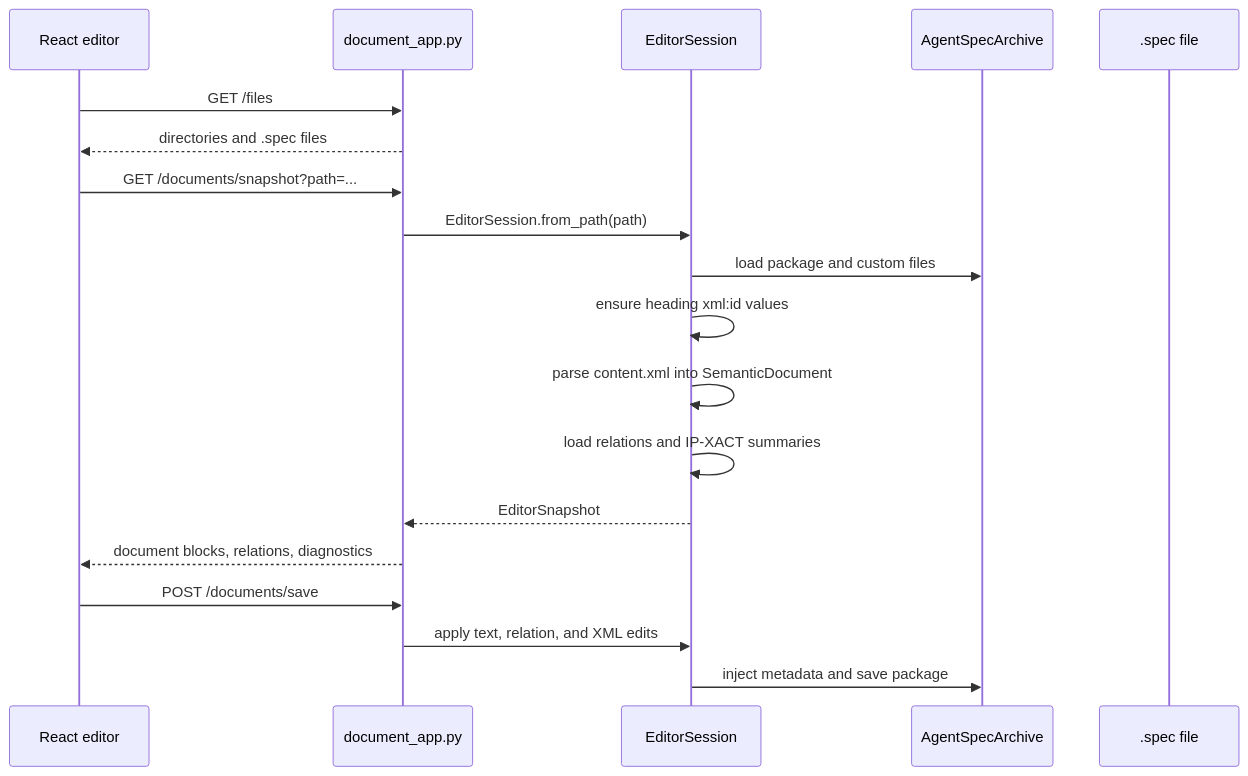
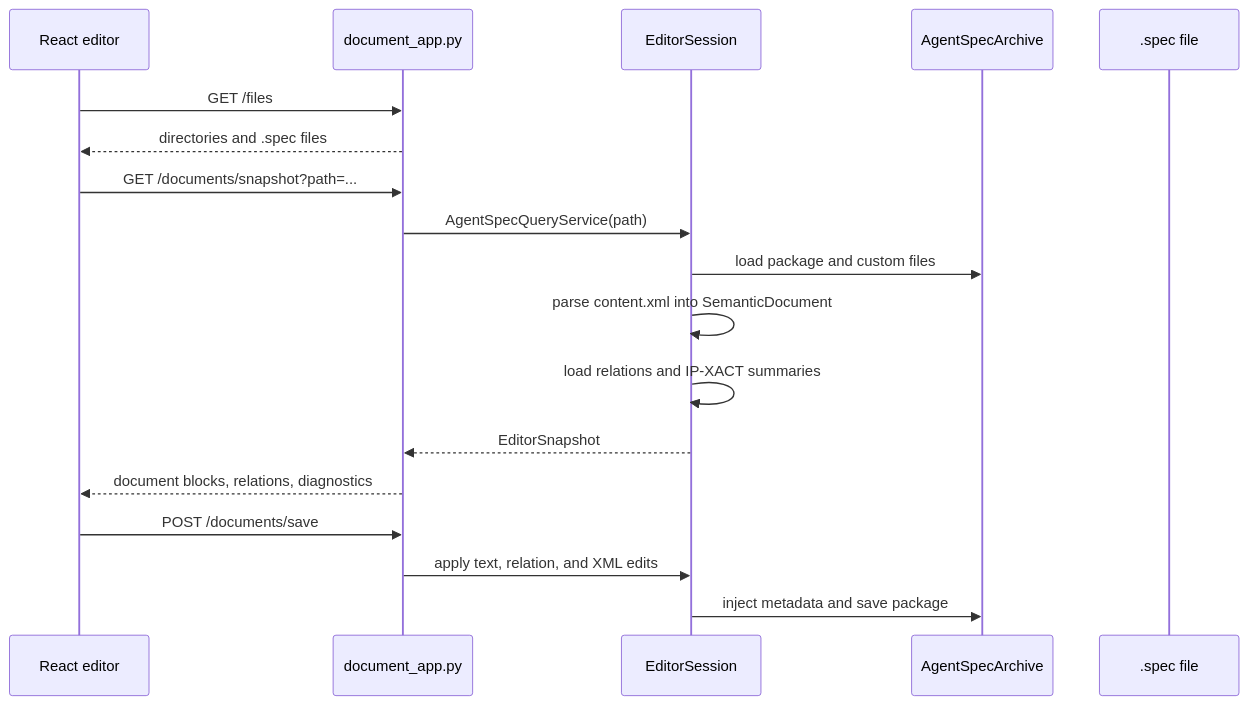
Before and after one commit to ankdesh/spec2gds: the second of 4 diagrams in docs/agent_spec_architecture.md, drawn with Mermaid. The commit also changed other lines of this file and 33 other files, not shown here.

````diff
--- a/docs/agent_spec_architecture.md
+++ b/docs/agent_spec_architecture.md
@@ -150,22 +160,21 @@
 ```mermaid
 sequenceDiagram
   participant UI as React editor
   participant API as document_app.py
   participant Session as EditorSession
   participant Archive as AgentSpecArchive
   participant Spec as .spec file
 
   UI->>API: GET /files
   API-->>UI: directories and .spec files
   UI->>API: GET /documents/snapshot?path=...
-  API->>Session: EditorSession.from_path(path)
+  API->>Session: AgentSpecQueryService(path)
   Session->>Archive: load package and custom files
-  Session->>Session: ensure heading xml:id values
   Session->>Session: parse content.xml into SemanticDocument
   Session->>Session: load relations and IP-XACT summaries
   Session-->>API: EditorSnapshot
   API-->>UI: document blocks, relations, diagnostics
   UI->>API: POST /documents/save
   API->>Session: apply text, relation, and XML edits
   Session->>Archive: inject metadata and save package
 ```
````
